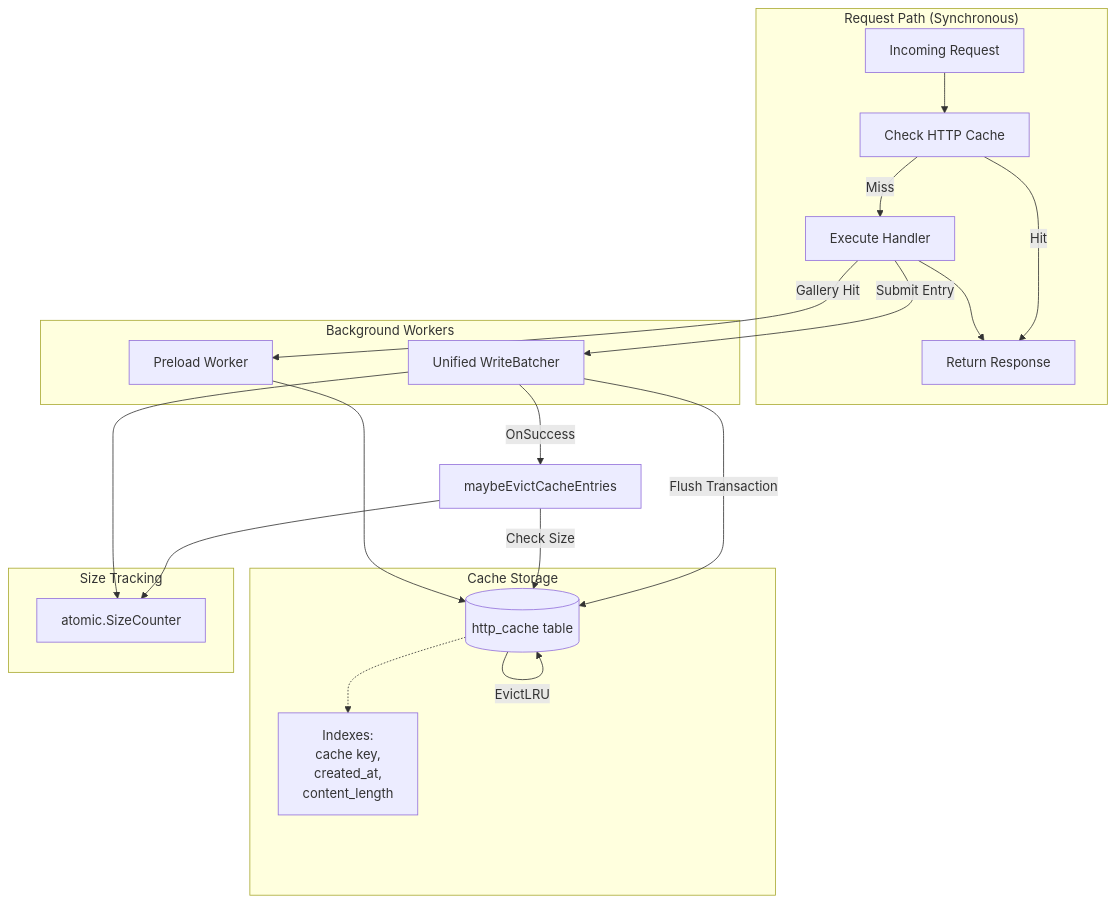
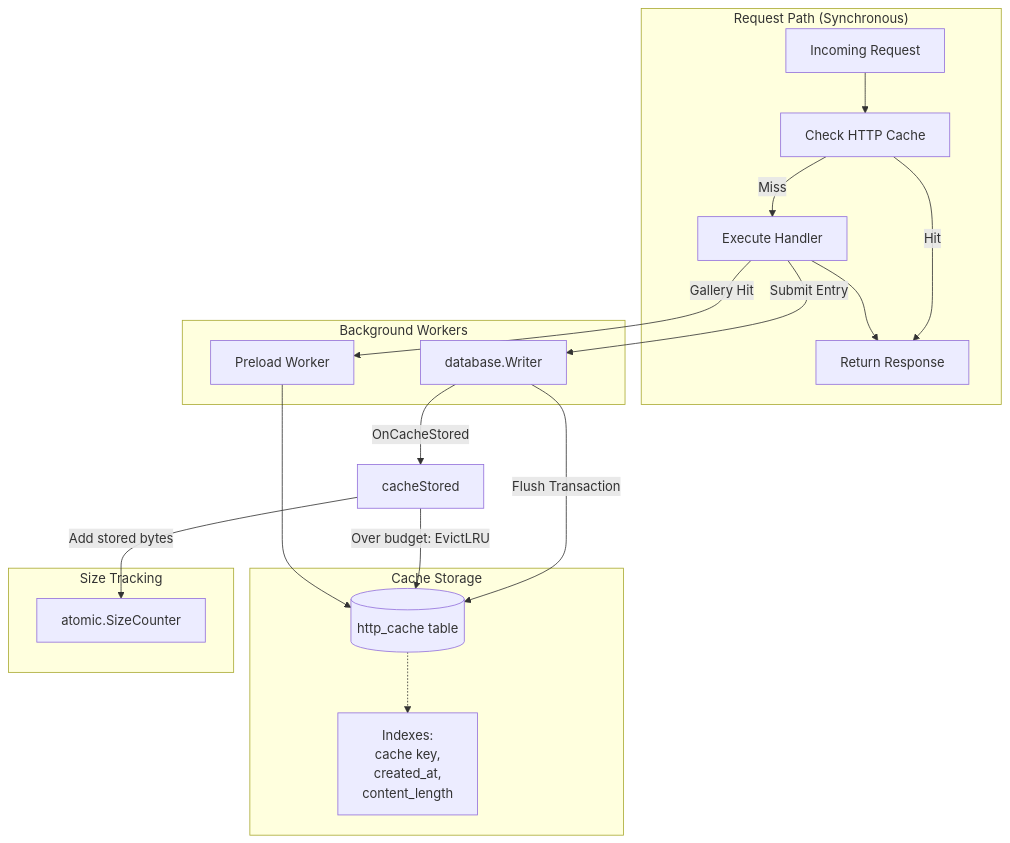
The tenth of 20 diagrams in docs/ARCHITECTURE.md (lbe/sfpg-go), drawn with Mermaid before and after one commit. The commit also changed other lines of this file and 241 other files, not shown here.

````diff
--- a/docs/ARCHITECTURE.md
+++ b/docs/ARCHITECTURE.md
@@ -1056,41 +1100,39 @@
 ```mermaid
 graph TB
     subgraph "Request Path (Synchronous)"
         Request[Incoming Request]
         CacheCheck[Check HTTP Cache]
         Handler[Execute Handler]
         Response[Return Response]
     end
 
     subgraph "Background Workers"
-        Batcher[Unified WriteBatcher]
+        Batcher[database.Writer]
         Preload[Preload Worker]
     end
 
     subgraph "Cache Storage"
         CacheDB[(http_cache table)]
         Indexes[Indexes:<br/>cache key,<br/>created_at,<br/>content_length]
     end
 
     subgraph "Size Tracking"
         AtomicCounter[atomic.SizeCounter]
     end
 
     Request --> CacheCheck
     CacheCheck -->|Hit| Response
     CacheCheck -->|Miss| Handler
     Handler -->|Submit Entry| Batcher
     Handler -->|Gallery Hit| Preload
     Handler --> Response
 
     Batcher -->|Flush Transaction| CacheDB
-    Batcher -->|OnSuccess| Evict
-    Evict[maybeEvictCacheEntries] -->|Check Size| CacheDB
-    CacheDB -->|EvictLRU| CacheDB
-    Evict --> AtomicCounter
-    Batcher --> AtomicCounter
+    Batcher -->|OnCacheStored| Evict
+    Evict[cacheStored] -->|Add stored bytes| AtomicCounter
+    Evict -->|Over budget: EvictLRU| CacheDB
 
     Preload --> CacheDB
 
     CacheDB -.-> Indexes
 ```
````
